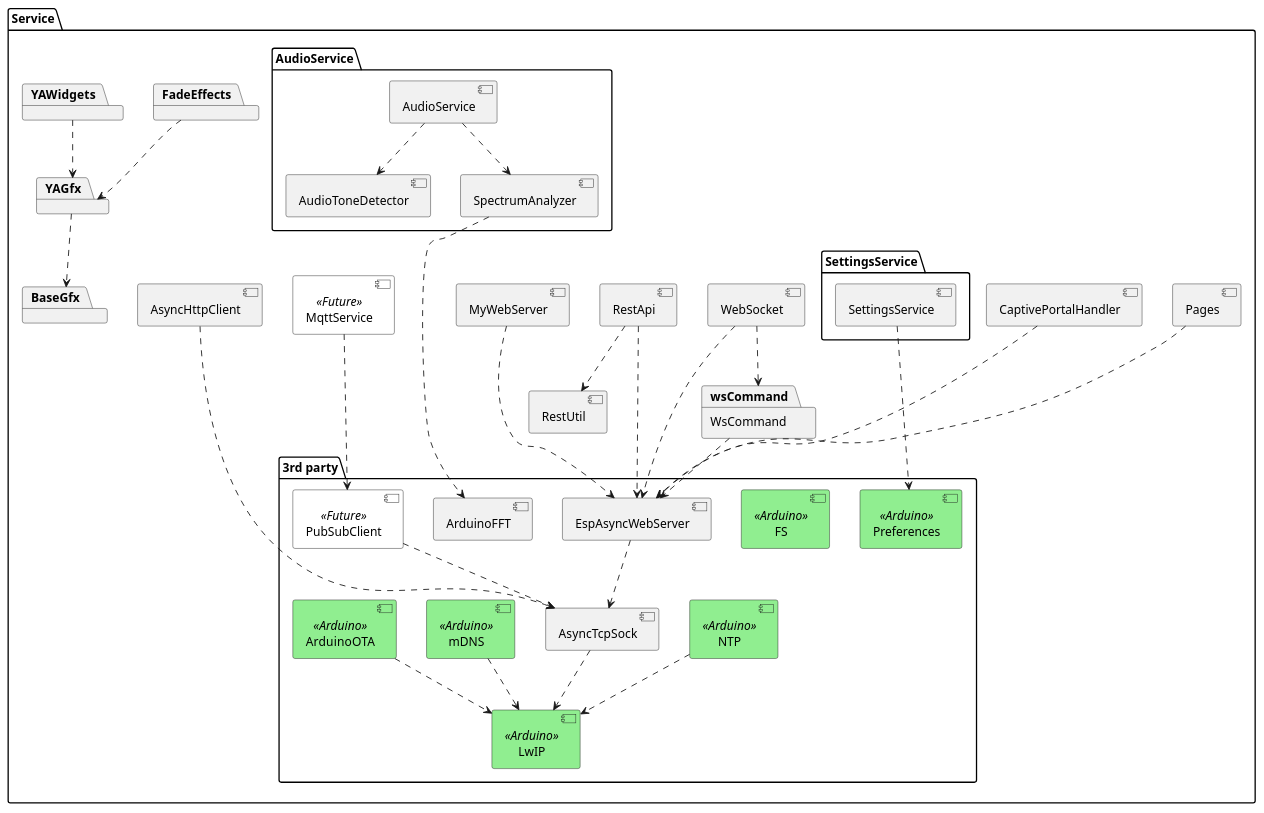
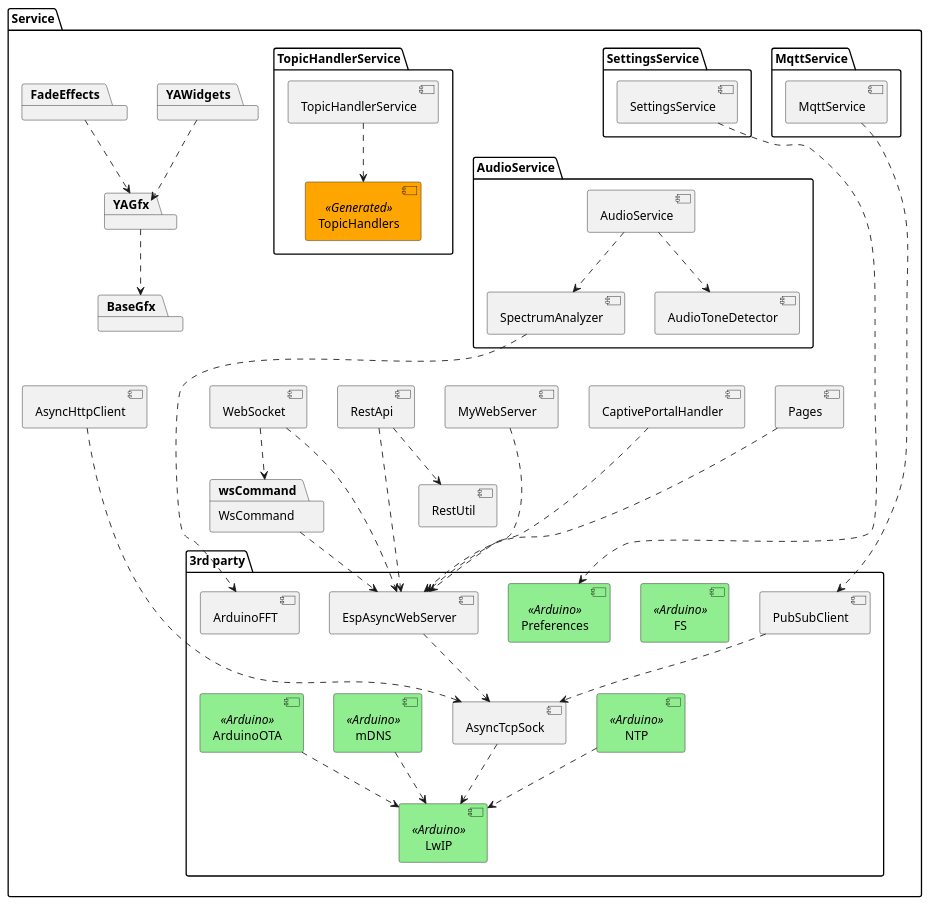
One commit to BlueAndi/Pixelix changed the diagram in doc/architecture/uml/service_layer.wsd. Above: the diagram before and after it, drawn with PlantUML. The commit also changed 44 other files, not shown here.

Commit message:
Topic handlers are handled by the topic handler service and not by the plugin manager anymore. The topic handler service observes plugin topic changes and notify all handlers about. This is necessary for the MQTT to publish on change. #118

```diff
--- a/doc/architecture/uml/service_layer.wsd
+++ b/doc/architecture/uml/service_layer.wsd
@@ -1,84 +1,95 @@
 @startuml
 
 skinparam component {
     BackgroundColor<<Arduino>> Lightgreen
     BackgroundColor<<Future>> White
+    BackgroundColor<<Generated>> Orange
 }
 
 package "Service" as servicePckg {
     component "RestApi" as restApi
     component "RestUtil" as restUtil
-    component "MqttService" as mqttService <<Future>>
     component "WebSocket" as webSocket
+
+    package "MqttService" {
+        component "MqttService" as mqttService
+    }
 
     package "SettingsService" {
         component "SettingsService" as settingsService
     }
 
     component "MyWebServer" as myWebServer
     component "Pages" as pages
     component "AsyncHttpClient" as asnyHttpClient
     component "CaptivePortalHandler" as captivePortalHandler
 
     package "AudioService" as audioServicePckg {
         component "SpectrumAnalyzer" as spectrumAnalyzer
         component "AudioToneDetector" as audioToneDetector
         component "AudioService" as audioService
 
         audioService ..> spectrumAnalyzer
         audioService ..> audioToneDetector
     }
 
+    package "TopicHandlerService" as topicHandlerServicePckg {
+        component "TopicHandlerService" as topicHandlerService
+        component "TopicHandlers" as topicHandler <<Generated>>
+
+        topicHandlerService ..> topicHandler
+    }
+
     package FadeEffects    
     package YAWidgets
     package YAGfx
     package BaseGfx
 
     FadeEffects ..> YAGfx
     YAWidgets ..> YAGfx
     YAGfx ..> BaseGfx
 
     package "3rd party" as service3rdPartyPckg {
-        component "PubSubClient" as pubSubClient <<Future>>
+        component "PubSubClient" as pubSubClient
         component "FS" as fs <<Arduino>>
         component "Preferences" as preferences <<Arduino>>
         component "NTP" as ntp <<Arduino>>
 
         component "EspAsyncWebServer" as webServer
         component "AsyncTcpSock" as tcp
         component "mDNS" as dns <<Arduino>>
         component "ArduinoOTA" <<Arduino>> as ota
         component "LwIP" <<Arduino>> as lwip
         component "ArduinoFFT" as fft
 
         webServer ..> tcp
         pubSubClient ..> tcp
         tcp ..> lwip
         dns ..> lwip
         ota ..> lwip
         ntp ..> lwip
     }
 
     package "WsCommand" as wsCommand {
     }
 
     myWebServer ...> webServer
     pages ...> webServer
     asnyHttpClient ....> tcp
     captivePortalHandler ...> webServer
 
     spectrumAnalyzer ....> fft
 
     restApi ...> webServer
-    mqttService ...> pubSubClient
+    mqttService ......> pubSubClient
     webSocket ...> webServer
-    settingsService ...> preferences
+    settingsService ......> preferences
 
     restApi ..> restUtil
 
     webSocket ..> wsCommand
 
     wsCommand ..> webServer
 }
 
 @enduml
```
